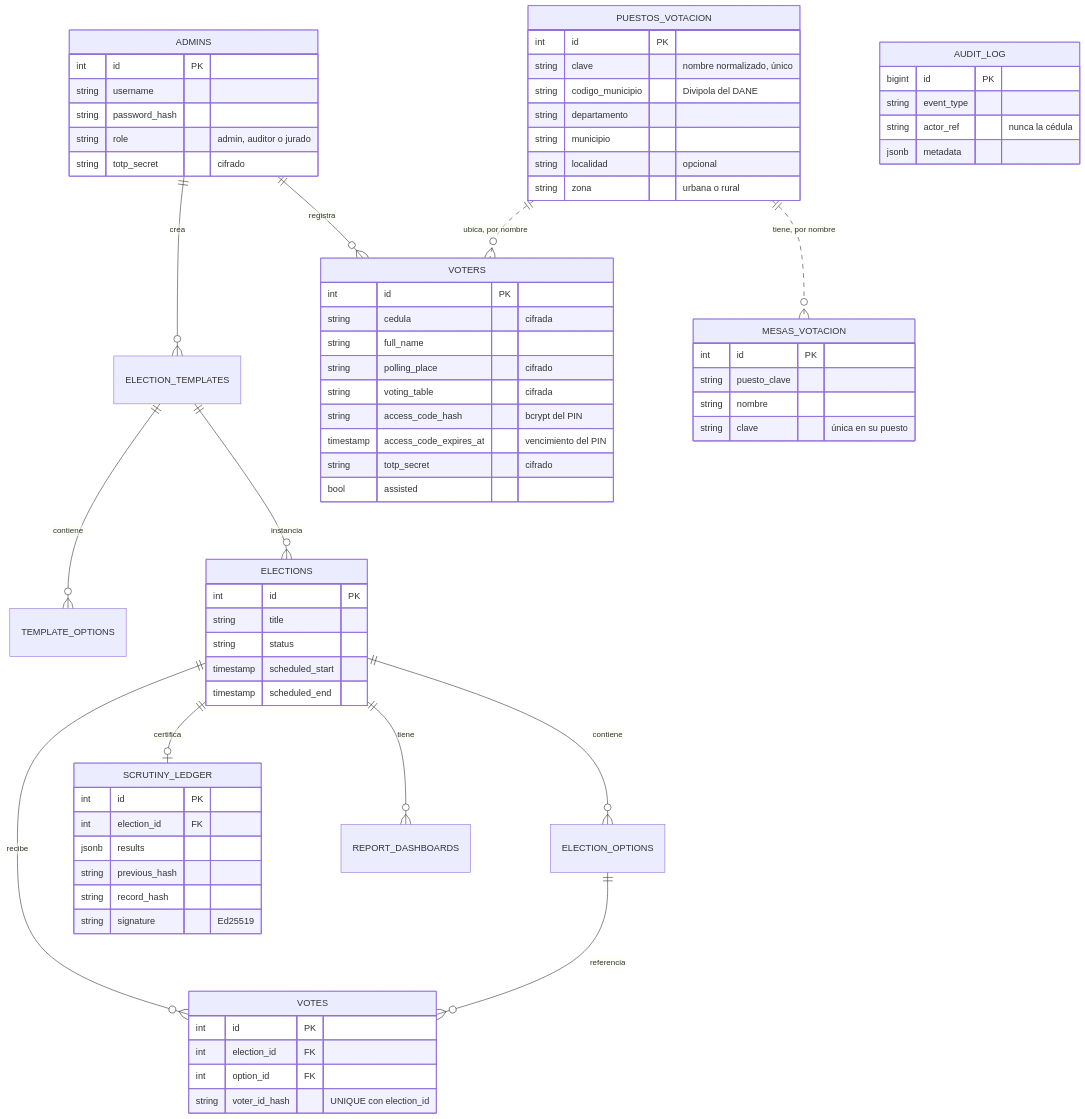
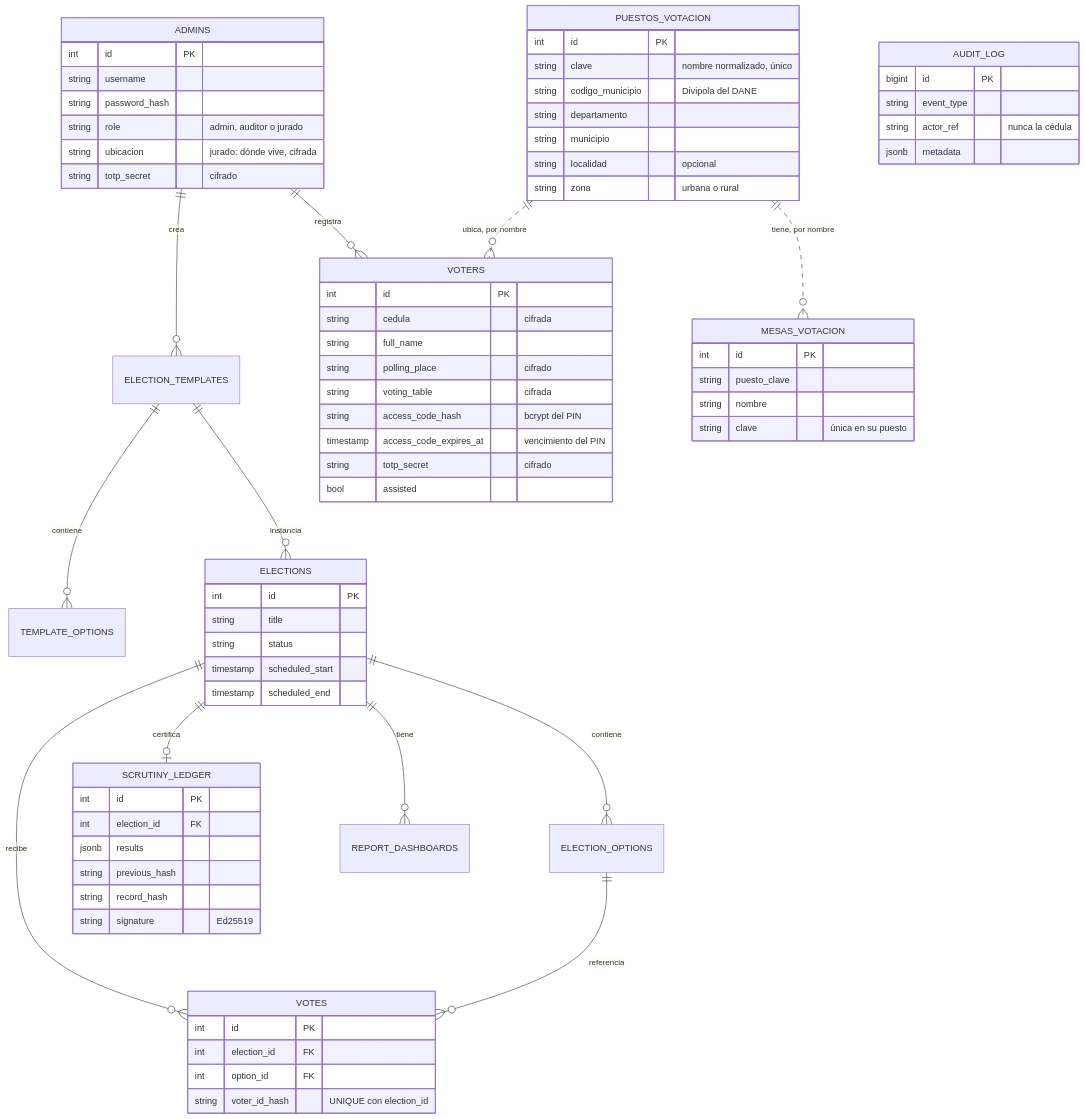
Before and after one commit to NicolasPineda1421/LiveMetric: the sixth of 8 diagrams in docs/informe-tecnico.md, drawn with Mermaid. The commit also changed other lines of this file and 24 other files, not shown here.

````diff
--- a/docs/informe-tecnico.md
+++ b/docs/informe-tecnico.md
@@ -288,59 +288,60 @@
 ```mermaid
 erDiagram
     ADMINS ||--o{ ELECTION_TEMPLATES : crea
     ADMINS ||--o{ VOTERS : registra
     PUESTOS_VOTACION ||..o{ VOTERS : "ubica, por nombre"
     PUESTOS_VOTACION ||..o{ MESAS_VOTACION : "tiene, por nombre"
     ELECTION_TEMPLATES ||--o{ TEMPLATE_OPTIONS : contiene
     ELECTION_TEMPLATES ||--o{ ELECTIONS : instancia
     ELECTIONS ||--o{ ELECTION_OPTIONS : contiene
     ELECTIONS ||--o{ VOTES : recibe
     ELECTION_OPTIONS ||--o{ VOTES : referencia
     ELECTIONS ||--o| SCRUTINY_LEDGER : certifica
     ELECTIONS ||--o{ REPORT_DASHBOARDS : tiene
 
     ADMINS { int id PK
         string username
         string password_hash
         string role "admin, auditor o jurado"
+        string ubicacion "jurado: dónde vive, cifrada"
         string totp_secret "cifrado" }
     VOTERS { int id PK
         string cedula "cifrada"
         string full_name
         string polling_place "cifrado"
         string voting_table "cifrada"
         string access_code_hash "bcrypt del PIN"
         timestamp access_code_expires_at "vencimiento del PIN"
         string totp_secret "cifrado"
         bool assisted }
     PUESTOS_VOTACION { int id PK
         string clave "nombre normalizado, único"
         string codigo_municipio "Divipola del DANE"
         string departamento
         string municipio
         string localidad "opcional"
         string zona "urbana o rural" }
     MESAS_VOTACION { int id PK
         string puesto_clave
         string nombre
         string clave "única en su puesto" }
     ELECTIONS { int id PK
         string title
         string status
         timestamp scheduled_start
         timestamp scheduled_end }
     VOTES { int id PK
         int election_id FK
         int option_id FK
         string voter_id_hash "UNIQUE con election_id" }
     SCRUTINY_LEDGER { int id PK
         int election_id FK
         jsonb results
         string previous_hash
         string record_hash
         string signature "Ed25519" }
     AUDIT_LOG { bigint id PK
         string event_type
         string actor_ref "nunca la cédula"
         jsonb metadata }
 ```
````
